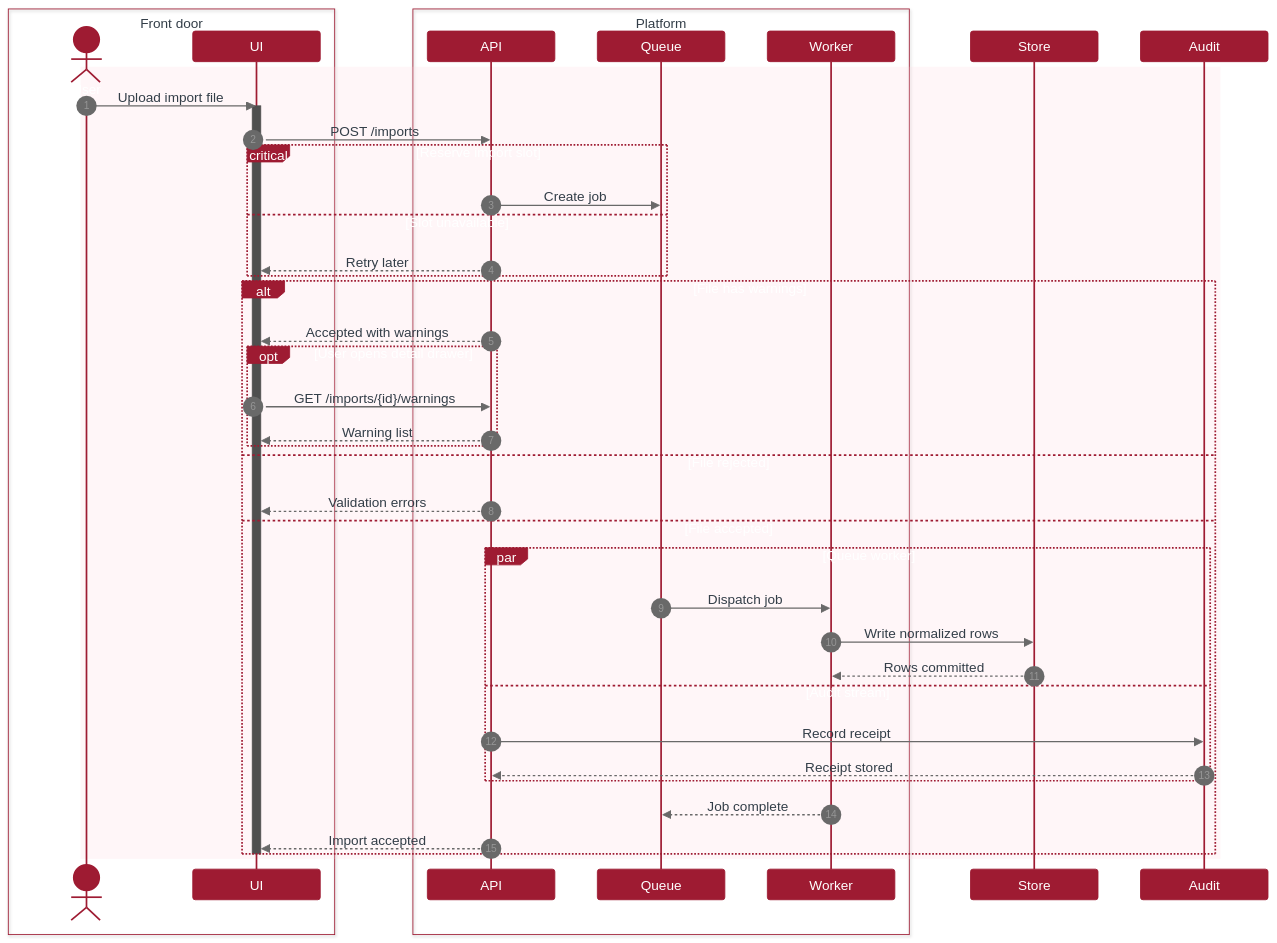
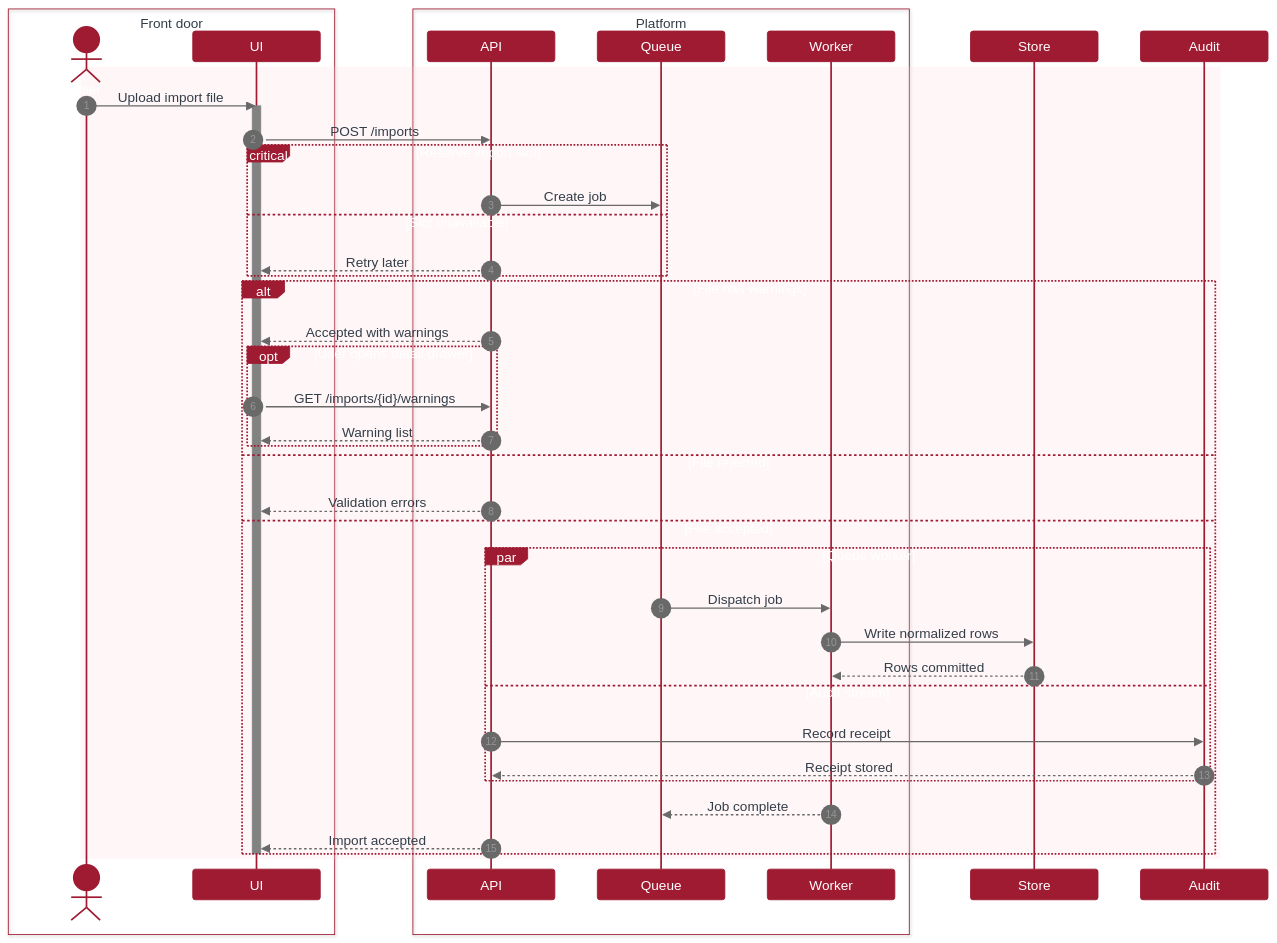
Before and after one commit to gvillarroel/skills: the diagram in skills/mermaid/assets/examples/mermaid-max-complexity/source/colorset1/sequence.mmd, drawn with Mermaid. The commit also changed 590 other files, not shown here.

```diff
--- a/skills/mermaid/assets/examples/mermaid-max-complexity/source/colorset1/sequence.mmd
+++ b/skills/mermaid/assets/examples/mermaid-max-complexity/source/colorset1/sequence.mmd
@@ -1,99 +1,99 @@
 ---
 # mermaid: config begin
 config:
   theme: "base"
   themeVariables:
     background: "#ffffff"
     primaryColor: "#9e1b32"
     primaryTextColor: "#ffffff"
     primaryBorderColor: "#9e1b32"
-    secondaryColor: "#333e48"
+    secondaryColor: "#000000"
     secondaryTextColor: "#ffffff"
-    secondaryBorderColor: "#333e48"
-    tertiaryColor: "#4f4f4f"
-    tertiaryTextColor: "#ffffff"
-    tertiaryBorderColor: "#4f4f4f"
+    secondaryBorderColor: "#000000"
+    tertiaryColor: "#828282"
+    tertiaryTextColor: "#000000"
+    tertiaryBorderColor: "#828282"
     lineColor: "#696969"
     textColor: "#333e48"
     mainBkg: "#9e1b32"
     nodeBkg: "#9e1b32"
     nodeBorder: "#9e1b32"
     clusterBkg: "#e7e7e7"
     clusterBorder: "#9c9c9c"
     defaultLinkColor: "#696969"
     edgeLabelBackground: "#ffffff"
-    noteBkgColor: "#333e48"
+    noteBkgColor: "#000000"
     noteTextColor: "#ffffff"
-    noteBorderColor: "#333e48"
+    noteBorderColor: "#000000"
     actorBkg: "#9e1b32"
     actorBorder: "#9e1b32"
     actorTextColor: "#ffffff"
     actorLineColor: "#9e1b32"
     signalColor: "#696969"
     signalTextColor: "#333e48"
-    activationBorderColor: "#4f4f4f"
-    activationBkgColor: "#4f4f4f"
+    activationBorderColor: "#828282"
+    activationBkgColor: "#828282"
     labelColor: "#ffffff"
     titleColor: "#333e48"
   themeCSS: ".node > rect, .node > circle, .node > ellipse, .node > polygon, .node > path, rect.actor, .note, .task, .task0, .task1, .task2, .task3 { stroke-width: 0 !important; }"
   sequence:
     height: 36
     boxMargin: 6
     noteMargin: 8
     messageMargin: 28
 # mermaid: config end
 # mermaid: metadata begin
 mermaid:
   colorset: "colorset1"
   mode: "standard"
   palette: "basic-red-neutral-style"
 # mermaid: metadata end
 ---
 sequenceDiagram
   accTitle: Sequence maximum complexity showcase
   accDescr: A user import request crosses a front door and platform, then branches through critical capacity handling, warning and rejection alternatives, parallel worker persistence, and auditing.
   autonumber
   box Front door
     actor User
     participant UI
   end
   box Platform
     participant API
     participant Queue
     participant Worker
   end
   participant Store
   participant Audit
 
   rect rgba(255, 204, 213, 0.18)
     User->>UI: Upload import file
     activate UI
     UI->>API: POST /imports
     critical Reserve import slot
       API->>Queue: Create job
     option Slot unavailable
       API-->>UI: Retry later
     end
 
     alt File has warnings
       API-->>UI: Accepted with warnings
       opt User opens detail drawer
         UI->>API: GET /imports/{id}/warnings
         API-->>UI: Warning list
       end
     else File rejected
       API-->>UI: Validation errors
     else File accepted
       par Queue worker
         Queue->>Worker: Dispatch job
         Worker->>Store: Write normalized rows
         Store-->>Worker: Rows committed
       and Audit stream
         API->>Audit: Record receipt
         Audit-->>API: Receipt stored
       end
       Worker-->>Queue: Job complete
       API-->>UI: Import accepted
     end
     deactivate UI
   end
```
